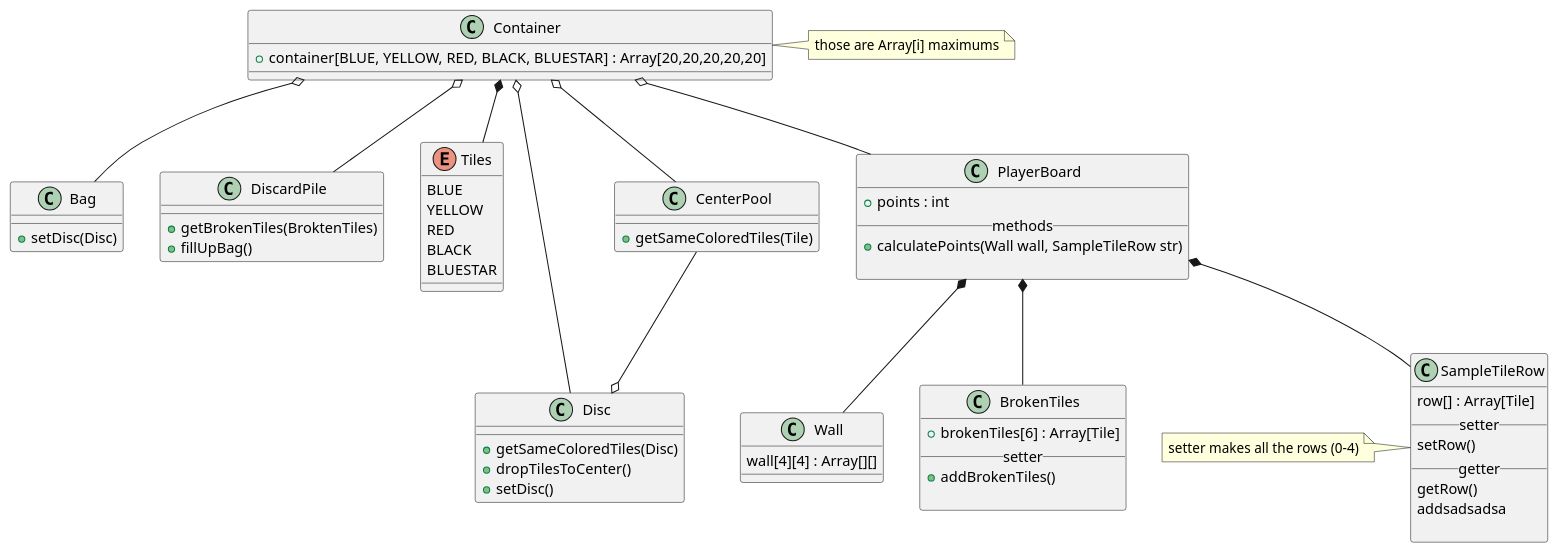
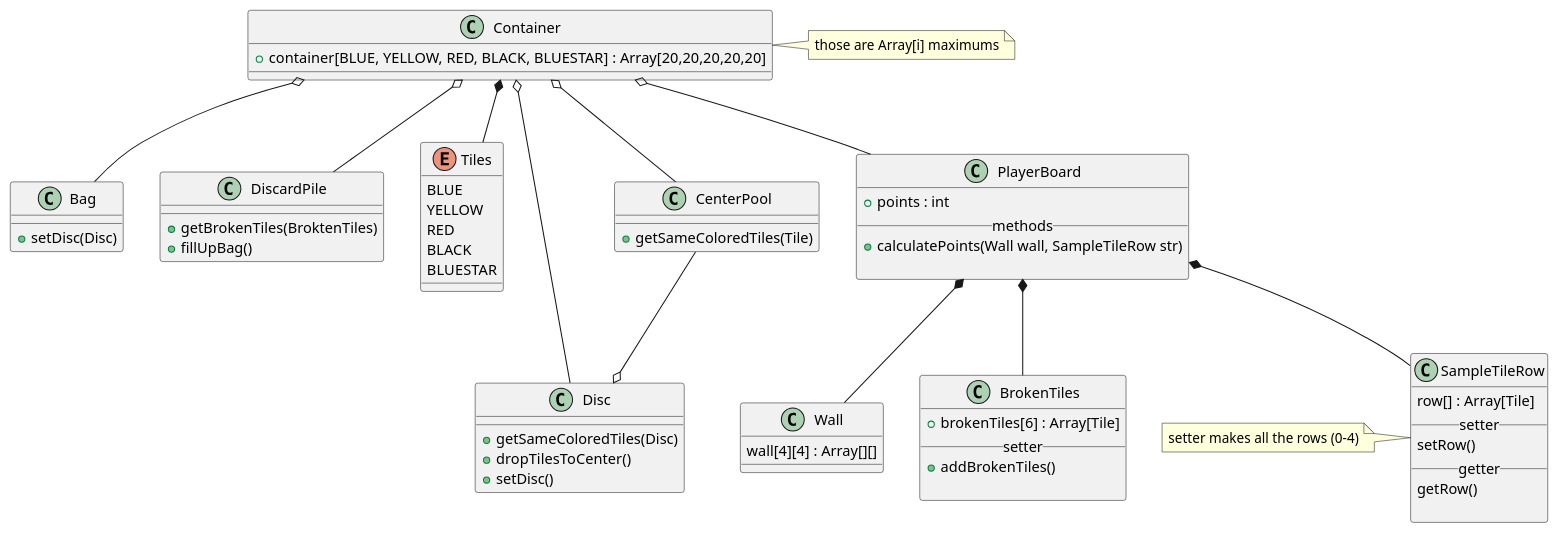
The diagram in doc/classdiagram.wsd (Uni-Sopron/szta-22t-azul-tileguys), drawn with PlantUML before and after one commit. The commit also changed 1 other file, not shown here.

```diff
--- a/doc/classdiagram.wsd
+++ b/doc/classdiagram.wsd
@@ -1,76 +1,75 @@
 @startuml Azul classes
 class Container{
     + container[BLUE, YELLOW, RED, BLACK, BLUESTAR] : Array[20,20,20,20,20]
     
 
 }
 note right: those are Array[i] maximums
 Container o-- Bag
 class Bag{
     + setDisc(Disc)
 
 }
 
 Container o-- DiscardPile
 class DiscardPile{
     + getBrokenTiles(BroktenTiles)
     + fillUpBag()
 }
 
 Container *--Tiles
 enum Tiles{
     BLUE
     YELLOW
     RED
     BLACK
     BLUESTAR
 }
 
 Container o-- Disc
 class Disc{
     + getSameColoredTiles(Disc)
     + dropTilesToCenter()
     + setDisc()
 }
 Container o-- CenterPool
 CenterPool --o Disc
 class CenterPool{
     + getSameColoredTiles(Tile)
 }
 
 
 
 Container o-- PlayerBoard
 class PlayerBoard{
     + points : int
     __methods__
     + calculatePoints(Wall wall, SampleTileRow str)
 
 }
 
 PlayerBoard *-- SampleTileRow
 class SampleTileRow{
     row[] : Array[Tile]
     __setter__
     setRow()
     __getter__
     getRow()
-addsadsadsa
 
 }
 note left: setter makes all the rows (0-4)
 
 PlayerBoard *-- Wall
 class Wall{
     wall[4][4] : Array[][]
 }
 
 PlayerBoard *-- BrokenTiles
 class BrokenTiles{
     + brokenTiles[6] : Array[Tile]
     __setter__
     + addBrokenTiles()
 
 }
 
 @enduml
```
